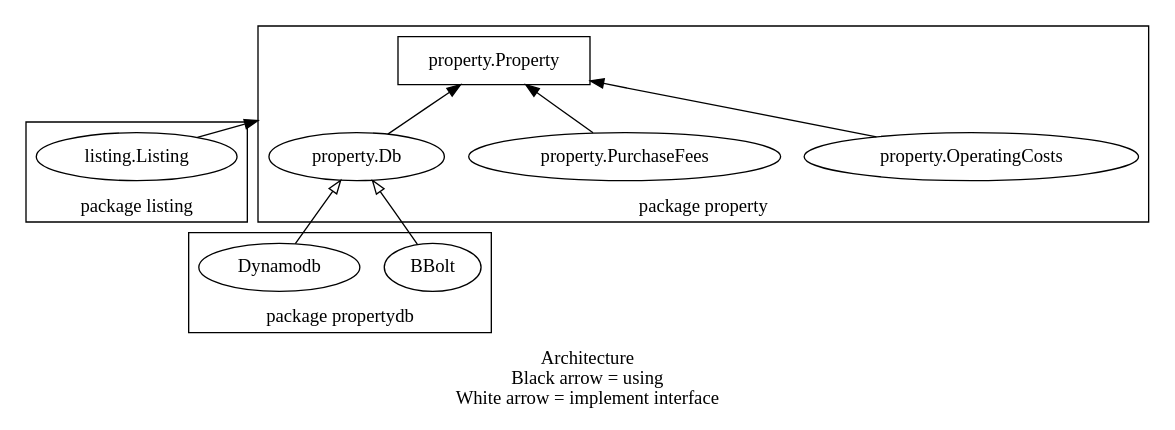
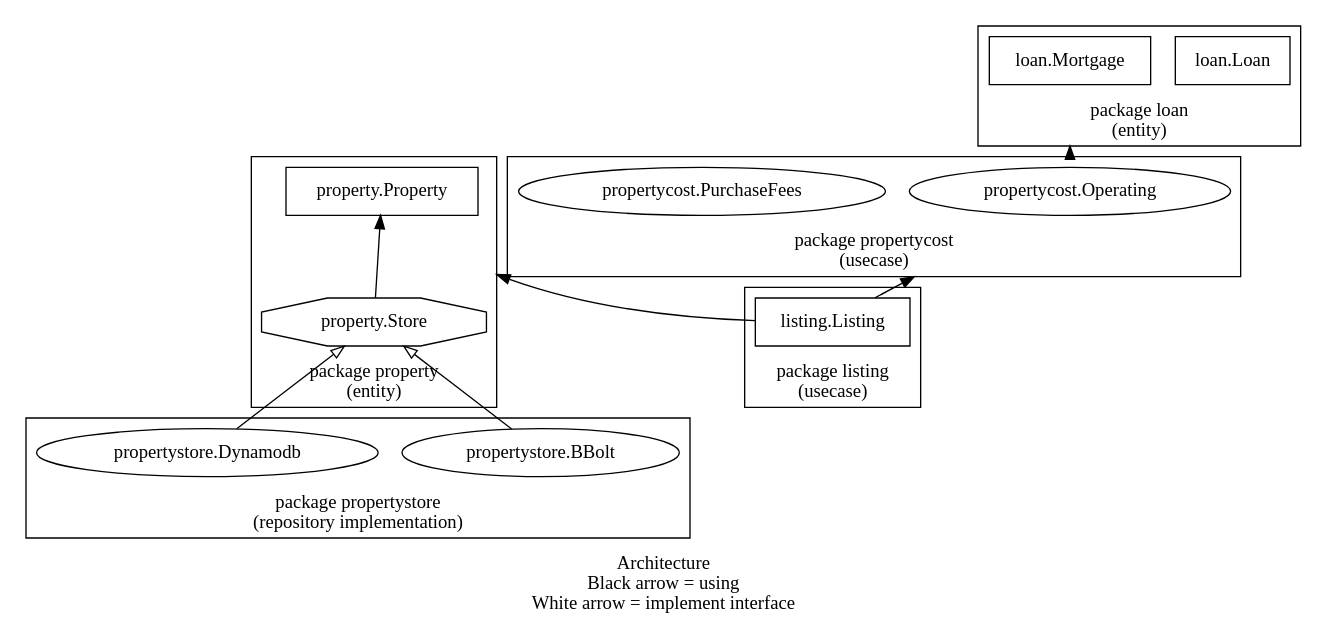
The diagram in docs/architecture.gv (Jumziey/propertycompare), drawn with Graphviz before and after one commit.

Commit message:
Updated the architecture sketch to follow what i want to be the truth.

```diff
--- a/docs/architecture.gv
+++ b/docs/architecture.gv
@@ -1,33 +1,41 @@
 digraph Architecture { 
 	compound=true
 	rankdir=BT
 	label="Architecture \n Black arrow = using \n White arrow = implement interface"
 
 	
-	subgraph cluster_property_domain {
-		label="package property"
-		operatingcosts[label="property.OperatingCosts"]
-		purchasefees[label="property.PurchaseFees"]
+	subgraph cluster_property_entity {
+		label="package property\n(entity)"
 		property[label="property.Property", shape="rectangle"]
-		propertydb[label="property.Db"]
+		propertystore[label="property.Store", shape="octagon"]
+		propertystore->property
 	}
 
+	subgraph cluster_loan_entity {
+		label="package loan \n(entity)"
+		loan[label="loan.Loan", shape="rectangle"]
+		mortgage[label="loan.Mortgage", shape="rectangle"]
+	}
+
+	subgraph cluster_propertycost_usecase {
+		label="package propertycost\n(usecase)"
+		operatingcosts[label="propertycost.Operating"]
+		purchasefees[label="propertycost.PurchaseFees"]
+	}
+	operatingcosts->mortgage[ltail=cluster_propertycost_usecase, lhead=cluster_loan_entity]
 	
-	operatingcosts->property
-	purchasefees->property
-	propertydb->property
-
-	subgraph cluster_propertydbimpl_domain {
-		label="package propertydb"
-		bbolt[label="BBolt"]
-		dynamodb[label="Dynamodb"]
+	subgraph cluster_propertystore_entity {
+		label="package propertystore\n(repository implementation)"
+		bbolt[label="propertystore.BBolt"]
+		dynamodb[label="propertystore.Dynamodb"]
 	}
-	bbolt->propertydb[arrowhead="onormal"]
-	dynamodb->propertydb[arrowhead="onormal"]
+	bbolt->propertystore[arrowhead="onormal"]
+	dynamodb->propertystore[arrowhead="onormal"]
 
 	subgraph cluster_listing_usecase {
-		label="package listing"
-		listing[label="listing.Listing"]
+		label="package listing\n(usecase)"
+		listing[label="listing.Listing", shape="rectangle"]
 	}
-	listing->property[lhead=cluster_property_domain]
+	listing->property[lhead=cluster_property_entity]
+	listing->operatingcosts[lhead=cluster_propertycost_usecase]
 }
```
